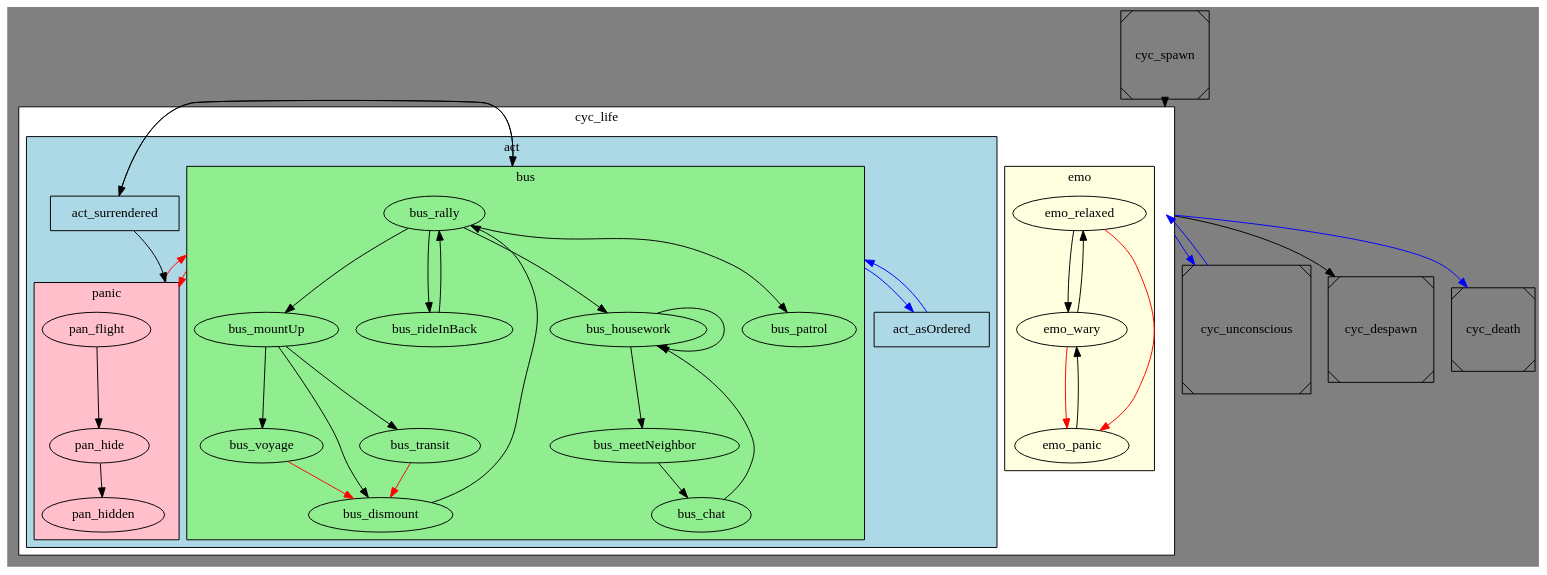
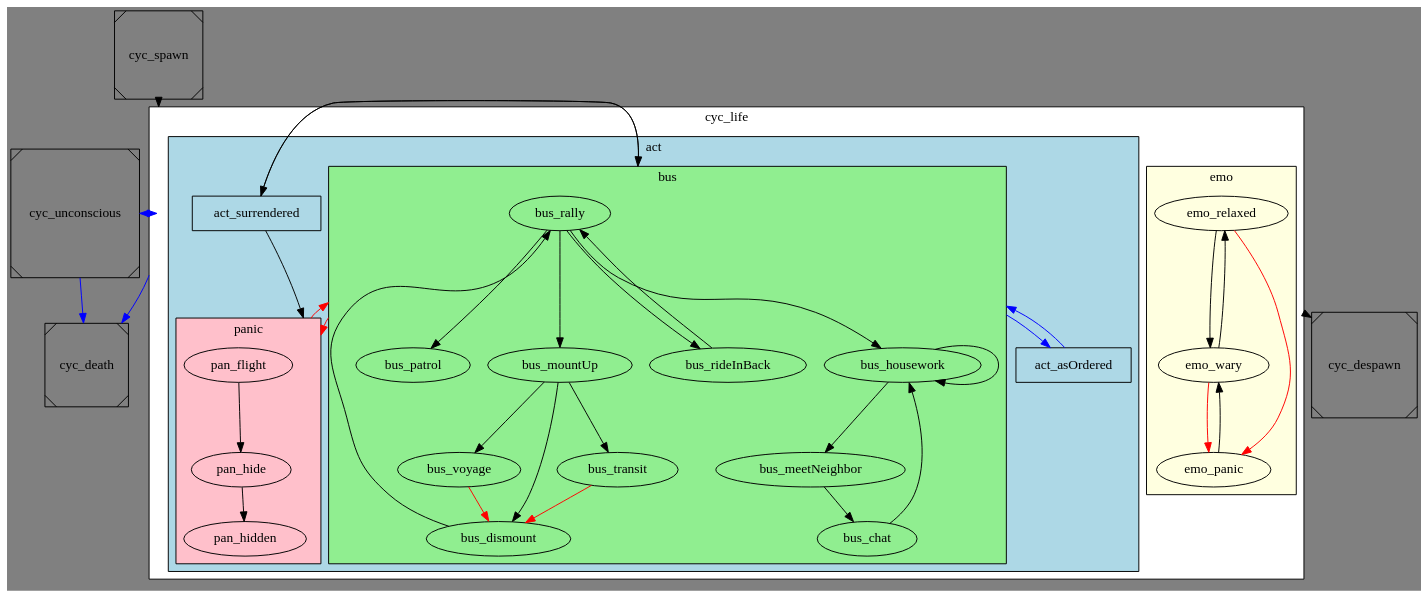
Before and after one commit to gruppe-adler/grad_civs: the diagram in docs/states.gv, drawn with Graphviz. The commit also changed 13 other files, not shown here.

```diff
--- a/docs/states.gv
+++ b/docs/states.gv
@@ -1,77 +1,78 @@
 digraph lifecycle {
     bgcolor="gray";
     compound=true;
 
     subgraph cluster_life {
         bgcolor="white";
         shape="Msquare";
         label="cyc_life";
         cluster_life_node [shape=point style=invis];
 
         subgraph cluster_emotions {
             bgcolor="lightyellow";
             label="emo";
             emo_relaxed -> emo_wary;
             {emo_wary, emo_relaxed} -> emo_panic [color="red"];
             emo_panic -> emo_wary -> emo_relaxed;
         }
 
         subgraph cluster_activities {
             bgcolor="lightblue";
             label="act";
 
             subgraph cluster_business {
                 bgcolor="lightgreen";
                 label="bus";
                 cluster_business_node [shape=point style=invis];
                 bus_rally -> bus_patrol;
                 bus_rally -> bus_mountUp;
                 bus_rally -> bus_rideInBack;
                 bus_mountUp -> bus_transit;
                 bus_mountUp -> bus_voyage;
                 bus_mountUp -> bus_dismount;
                 bus_transit -> bus_dismount [color=red]; # panic event
                 bus_voyage -> bus_dismount [color=red]; # panic event
                 bus_dismount -> bus_rally;
                 bus_rally -> bus_housework;
                 bus_rideInBack -> bus_rally;
                 bus_housework -> bus_meetNeighbor;
                 bus_meetNeighbor -> bus_chat;
                 bus_chat -> bus_housework;
                 bus_housework -> bus_housework;
             }
 
             subgraph cluster_panic {
                 bgcolor="pink";
                 label="panic";
                 cluster_panic_node [shape=point style=invis];
                 pan_flight -> pan_hide -> pan_hidden;
             }
 
             act_asOrdered [shape=rectangle];
             act_surrendered [shape=rectangle];
 
             act_surrendered -> cluster_panic_node [lhead=cluster_panic];
 
             act_surrendered -> cluster_business_node [lhead=cluster_business];
             cluster_business_node -> act_surrendered [ltail=cluster_business];
             act_asOrdered -> cluster_business_node [lhead=cluster_business color=blue];
             cluster_business_node -> act_asOrdered [ltail=cluster_business color=blue];
 
             cluster_panic_node -> cluster_business_node [color=red lhead=cluster_business ltail=cluster_panic]
             cluster_business_node -> cluster_panic_node [ltail=cluster_business lhead=cluster_panic color=red]
 
         }
     }
 
     cyc_spawn [shape=Msquare];
     cyc_despawn [shape=Msquare];
     cyc_death [shape=Msquare];
     cyc_unconscious [shape=Msquare];
 
     cyc_spawn -> cluster_life_node [lhead=cluster_life];
     cluster_life_node -> cyc_despawn [ltail=cluster_life];
     cluster_life_node -> cyc_death [ltail=cluster_life color=blue];
     cluster_life_node -> cyc_unconscious [ltail=cluster_life color=blue];
     cyc_unconscious -> cluster_life_node [ltail=cluster_life color=blue];
+    cyc_unconscious -> cyc_death [ltail=cluster_life color=blue];
 }
```
